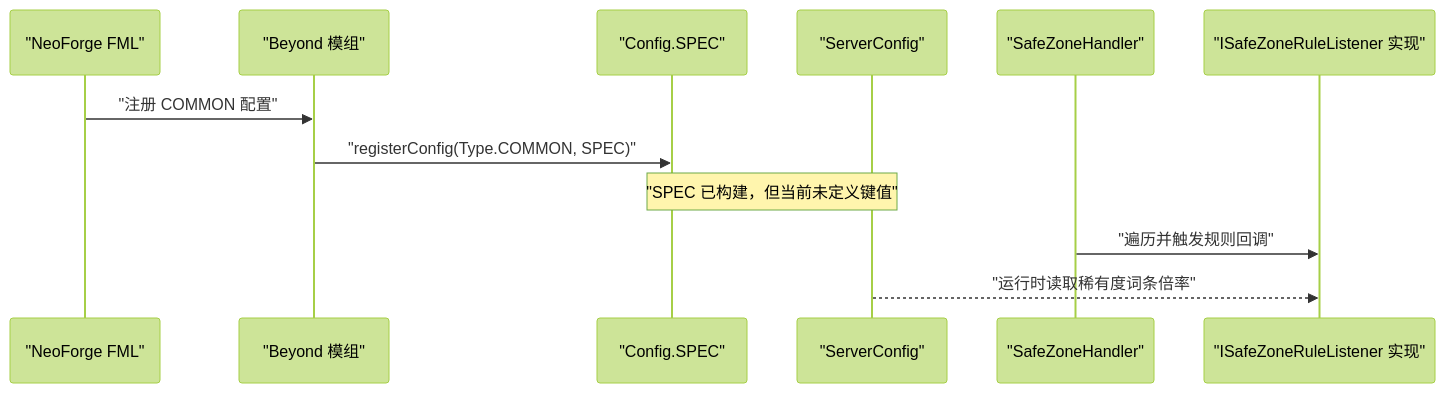
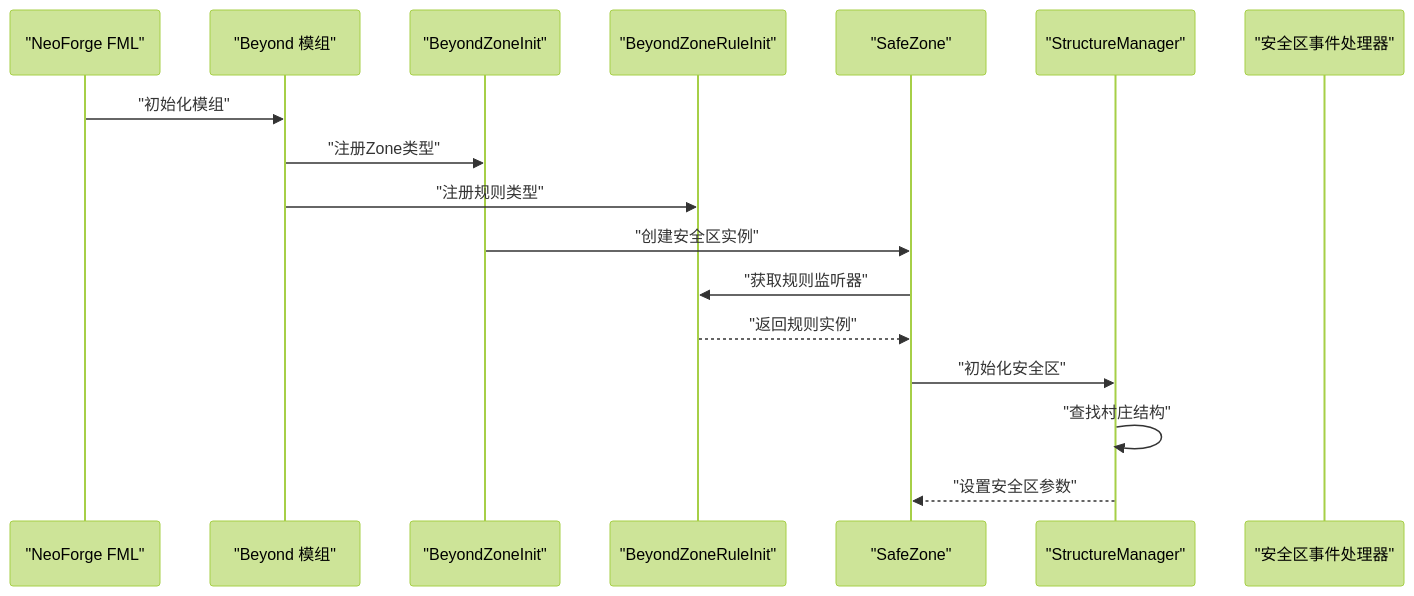
The second of 7 diagrams in .qoder/repowiki/zh/content/部署与配置/服务器配置.md (Ver-shift/SubModulesGeneHunter), drawn with Mermaid (forest theme) before and after one commit. The commit also changed other lines of this file and 49 other files, not shown here.

````diff
--- a/.qoder/repowiki/zh/content/部署与配置/服务器配置.md
+++ b/.qoder/repowiki/zh/content/部署与配置/服务器配置.md
@@ -112,14 +108,19 @@
 ```mermaid
 sequenceDiagram
 participant FML as "NeoForge FML"
 participant Mod as "Beyond 模组"
-participant Cfg as "Config.SPEC"
-participant SrvCfg as "ServerConfig"
-participant Handler as "SafeZoneHandler"
-participant Rule as "ISafeZoneRuleListener 实现"
-FML->>Mod : "注册 COMMON 配置"
-Mod->>Cfg : "registerConfig(Type.COMMON, SPEC)"
-Note over Cfg,SrvCfg : "SPEC 已构建，但当前未定义键值"
-Handler->>Rule : "遍历并触发规则回调"
-SrvCfg-->>Rule : "运行时读取稀有度词条倍率"
+participant ZoneReg as "BeyondZoneInit"
+participant RuleReg as "BeyondZoneRuleInit"
+participant SafeZone as "SafeZone"
+participant StructMgr as "StructureManager"
+participant Handler as "安全区事件处理器"
+FML->>Mod : "初始化模组"
+Mod->>ZoneReg : "注册Zone类型"
+Mod->>RuleReg : "注册规则类型"
+ZoneReg->>SafeZone : "创建安全区实例"
+SafeZone->>RuleReg : "获取规则监听器"
+RuleReg-->>SafeZone : "返回规则实例"
+SafeZone->>StructMgr : "初始化安全区"
+StructMgr->>StructMgr : "查找村庄结构"
+StructMgr-->>SafeZone : "设置安全区参数"
 ```
````
